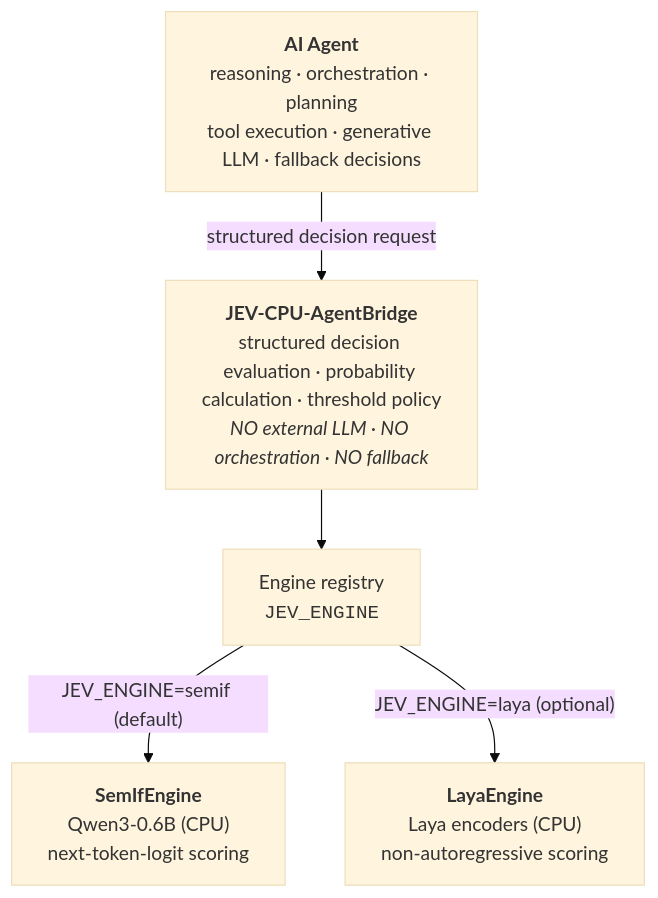
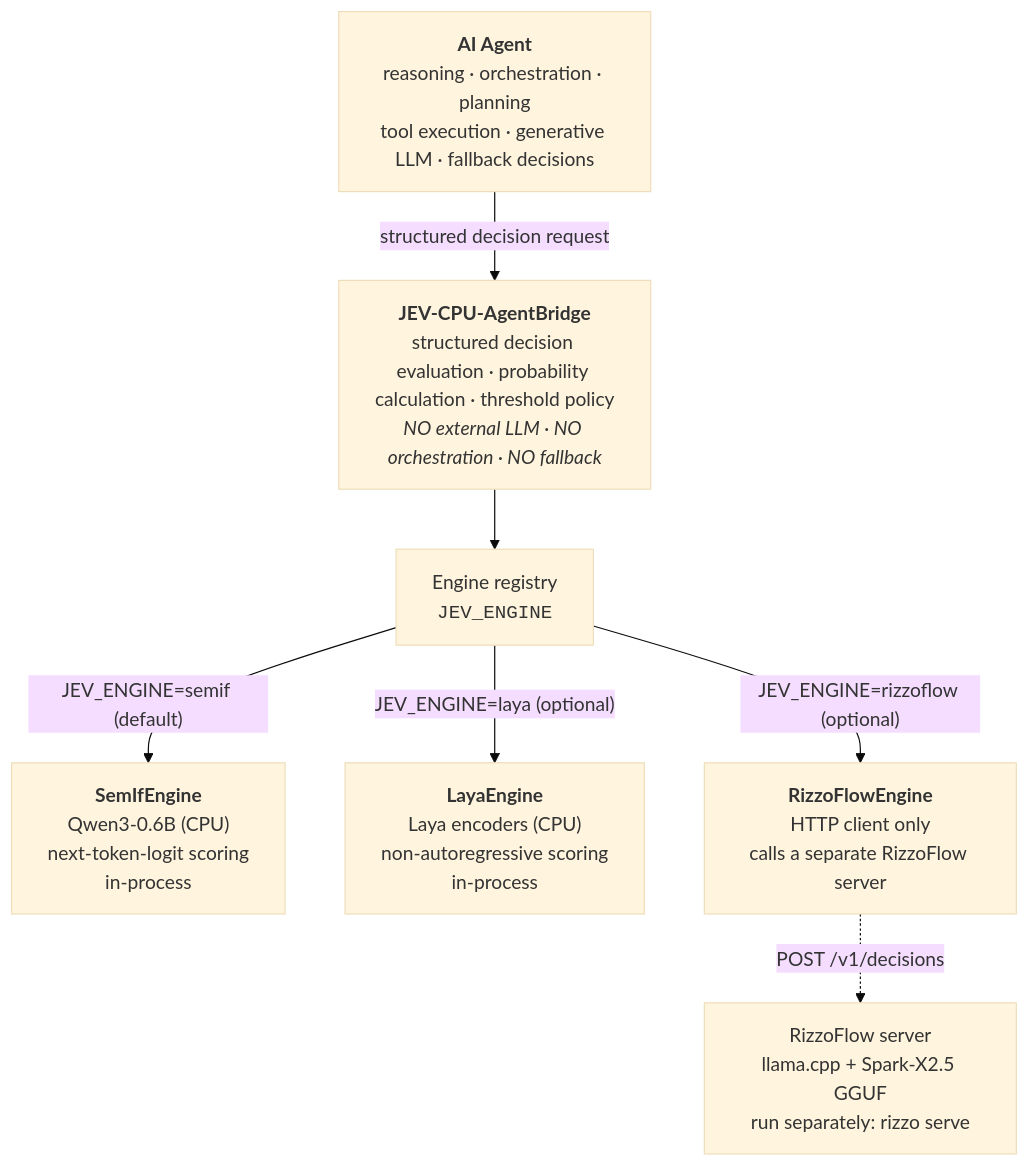
One commit to GiskardB/jev-agentbridge changed the first of 2 diagrams in docs/architecture.md. Above: the diagram before and after it, drawn with Mermaid (base theme). The commit also changed other lines of this file and 17 other files, not shown here.

Commit message:
feat: add RizzoFlow decision engine

````diff
--- a/docs/architecture.md
+++ b/docs/architecture.md
@@ -3,13 +3,16 @@
 ```mermaid
 flowchart TB
     Agent["<b>AI Agent</b><br/>reasoning · orchestration · planning<br/>tool execution · generative LLM · fallback decisions"]
     Bridge["<b>JEV-CPU-AgentBridge</b><br/>structured decision evaluation · probability calculation · threshold policy<br/><i>NO external LLM · NO orchestration · NO fallback</i>"]
     Registry["Engine registry<br/><code>JEV_ENGINE</code>"]
-    SemIf["<b>SemIfEngine</b><br/>Qwen3-0.6B (CPU)<br/>next-token-logit scoring"]
-    Laya["<b>LayaEngine</b><br/>Laya encoders (CPU)<br/>non-autoregressive scoring"]
+    SemIf["<b>SemIfEngine</b><br/>Qwen3-0.6B (CPU)<br/>next-token-logit scoring<br/>in-process"]
+    Laya["<b>LayaEngine</b><br/>Laya encoders (CPU)<br/>non-autoregressive scoring<br/>in-process"]
+    Rizzo["<b>RizzoFlowEngine</b><br/>HTTP client only<br/>calls a separate RizzoFlow server"]
 
     Agent -- "structured decision request" --> Bridge
     Bridge --> Registry
     Registry -- "JEV_ENGINE=semif (default)" --> SemIf
     Registry -- "JEV_ENGINE=laya (optional)" --> Laya
+    Registry -- "JEV_ENGINE=rizzoflow (optional)" --> Rizzo
+    Rizzo -. "POST /v1/decisions" .-> RizzoServer["RizzoFlow server<br/>llama.cpp + Spark-X2.5 GGUF<br/>run separately: rizzo serve"]
 ```
````
